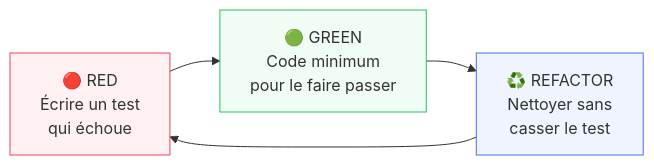
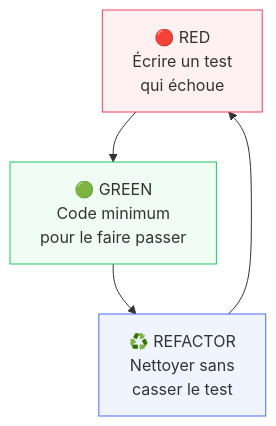
Before and after one commit to zyrass/omnydocs: the diagram in docs/dev-cloud/tests-qualite/tdd.md, drawn with Mermaid. The commit also changed 739 other files, not shown here.

Commit message:
refactor: flowchart TD to TB

````diff
--- a/docs/dev-cloud/tests-qualite/tdd.md
+++ b/docs/dev-cloud/tests-qualite/tdd.md
@@ -33,10 +33,10 @@
 ```mermaid
-flowchart LR
+flowchart TB
     R["🔴 RED\nÉcrire un test\nqui échoue"] --> G["🟢 GREEN\nCode minimum\npour le faire passer"]
     G --> RF["♻️ REFACTOR\nNettoyer sans\ncasser le test"]
     RF --> R
 
     style R fill:#fff1f2,stroke:#f43f5e
     style G fill:#f0fdf4,stroke:#22c55e
     style RF fill:#f0f4ff,stroke:#4a6cf7
 ```
````
